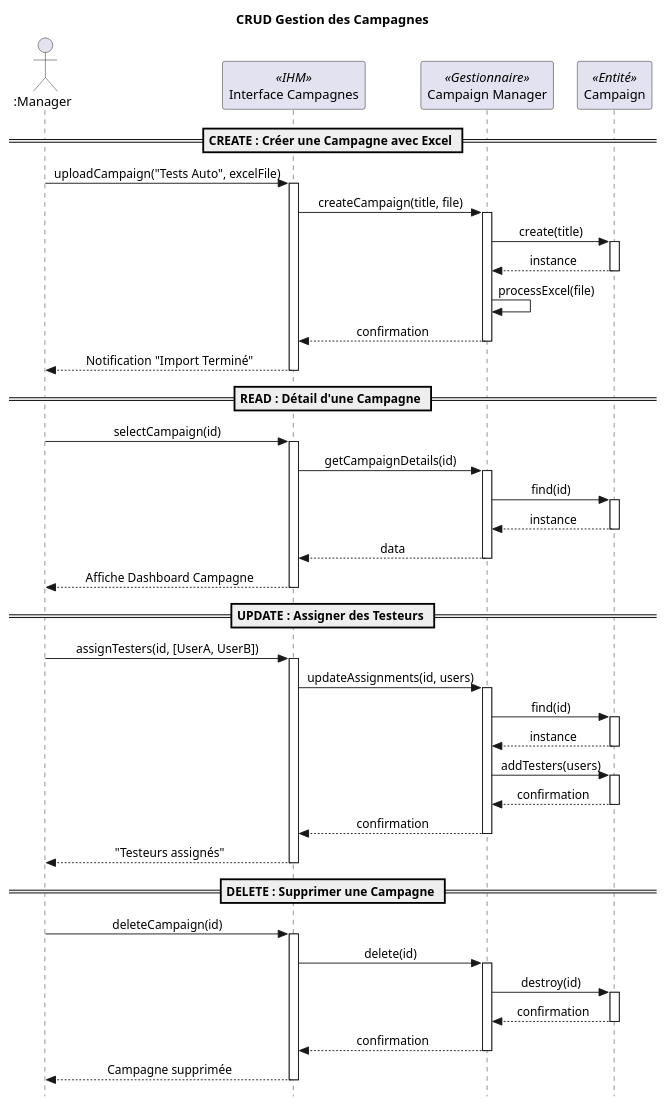
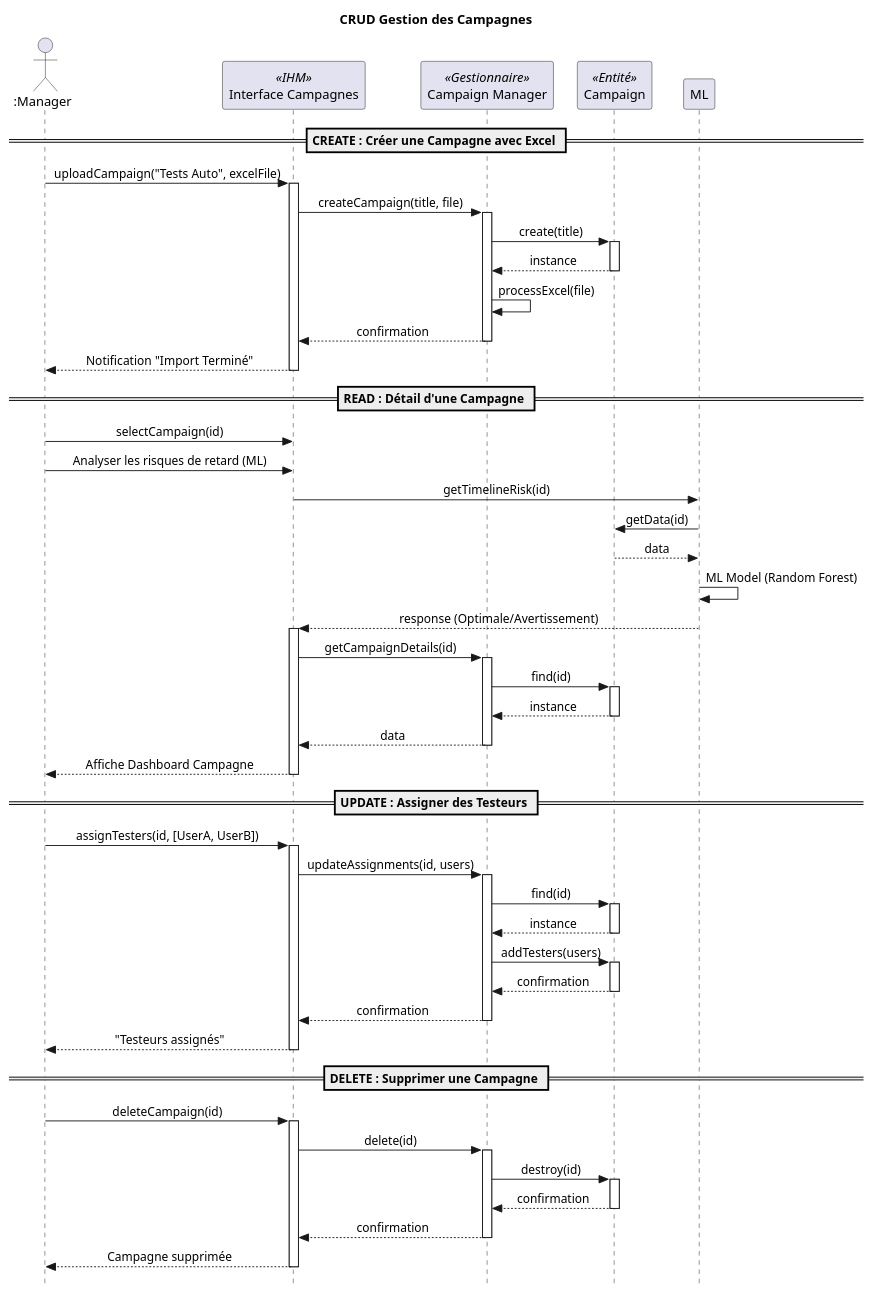
The diagram in InsureTM/diagrammes /crud_campaign_sequence.puml (onsben19/Test-Management-Plateforme-LLoyd), drawn with PlantUML before and after one commit. The commit also changed 28 other files, not shown here.

```diff
--- a/InsureTM/diagrammes /crud_campaign_sequence.puml
+++ b/InsureTM/diagrammes /crud_campaign_sequence.puml
@@ -1,71 +1,77 @@
 @startuml
 skinparam style strictuml
 skinparam sequenceMessageAlign center
 title CRUD Gestion des Campagnes
 
 actor ":Manager" as User
 participant "Interface Campagnes" as UI <<IHM>>
 participant "Campaign Manager" as Manager <<Gestionnaire>>
 participant "Campaign" as Entity <<Entité>>
 
 == CREATE : Créer une Campagne avec Excel ==
 User -> UI : uploadCampaign("Tests Auto", excelFile)
 activate UI
     UI -> Manager : createCampaign(title, file)
     activate Manager
         Manager -> Entity : create(title)
         activate Entity
         Entity --> Manager : instance
         deactivate Entity
         Manager -> Manager : processExcel(file)
         Manager --> UI : confirmation
     deactivate Manager
     UI --> User : Notification "Import Terminé"
 deactivate UI
 
 == READ : Détail d'une Campagne ==
 User -> UI : selectCampaign(id)
+User -> UI : Analyser les risques de retard (ML)
+UI -> ML : getTimelineRisk(id)
+ML -> Entity : getData(id)
+Entity --> ML : data
+ML -> ML : ML Model (Random Forest)
+ML --> UI : response (Optimale/Avertissement)
 activate UI
     UI -> Manager : getCampaignDetails(id)
     activate Manager
         Manager -> Entity : find(id)
         activate Entity
         Entity --> Manager : instance
         deactivate Entity
         Manager --> UI : data
     deactivate Manager
     UI --> User : Affiche Dashboard Campagne
 deactivate UI
 
 == UPDATE : Assigner des Testeurs ==
 User -> UI : assignTesters(id, [UserA, UserB])
 activate UI
     UI -> Manager : updateAssignments(id, users)
     activate Manager
         Manager -> Entity : find(id)
         activate Entity
         Entity --> Manager : instance
         deactivate Entity
         Manager -> Entity : addTesters(users)
         activate Entity
         Entity --> Manager : confirmation
         deactivate Entity
         Manager --> UI : confirmation
     deactivate Manager
     UI --> User : "Testeurs assignés"
 deactivate UI
 
 == DELETE : Supprimer une Campagne ==
 User -> UI : deleteCampaign(id)
 activate UI
     UI -> Manager : delete(id)
     activate Manager
         Manager -> Entity : destroy(id)
         activate Entity
         Entity --> Manager : confirmation
         deactivate Entity
         Manager --> UI : confirmation
     deactivate Manager
     UI --> User : Campagne supprimée
 deactivate UI
 @enduml
```
